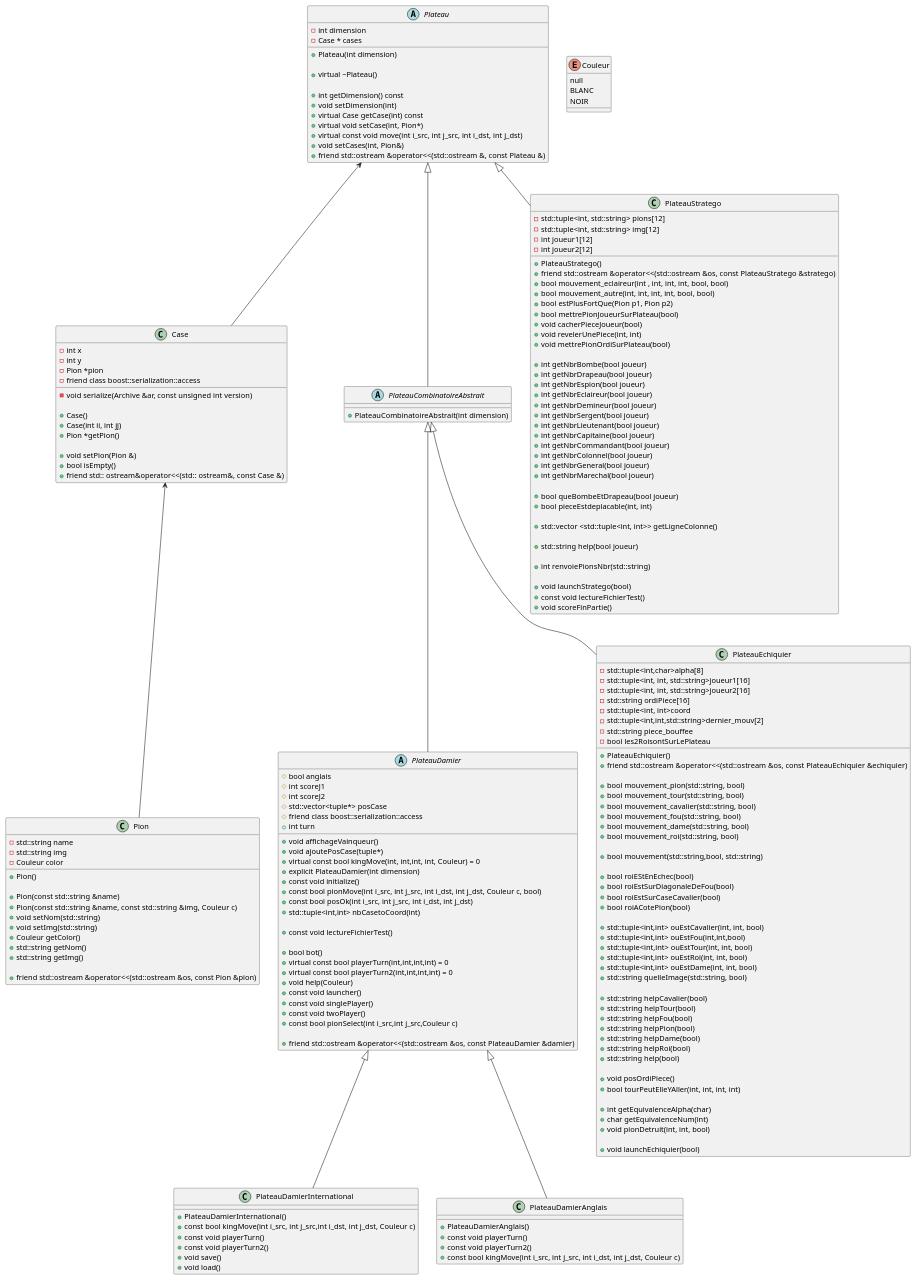
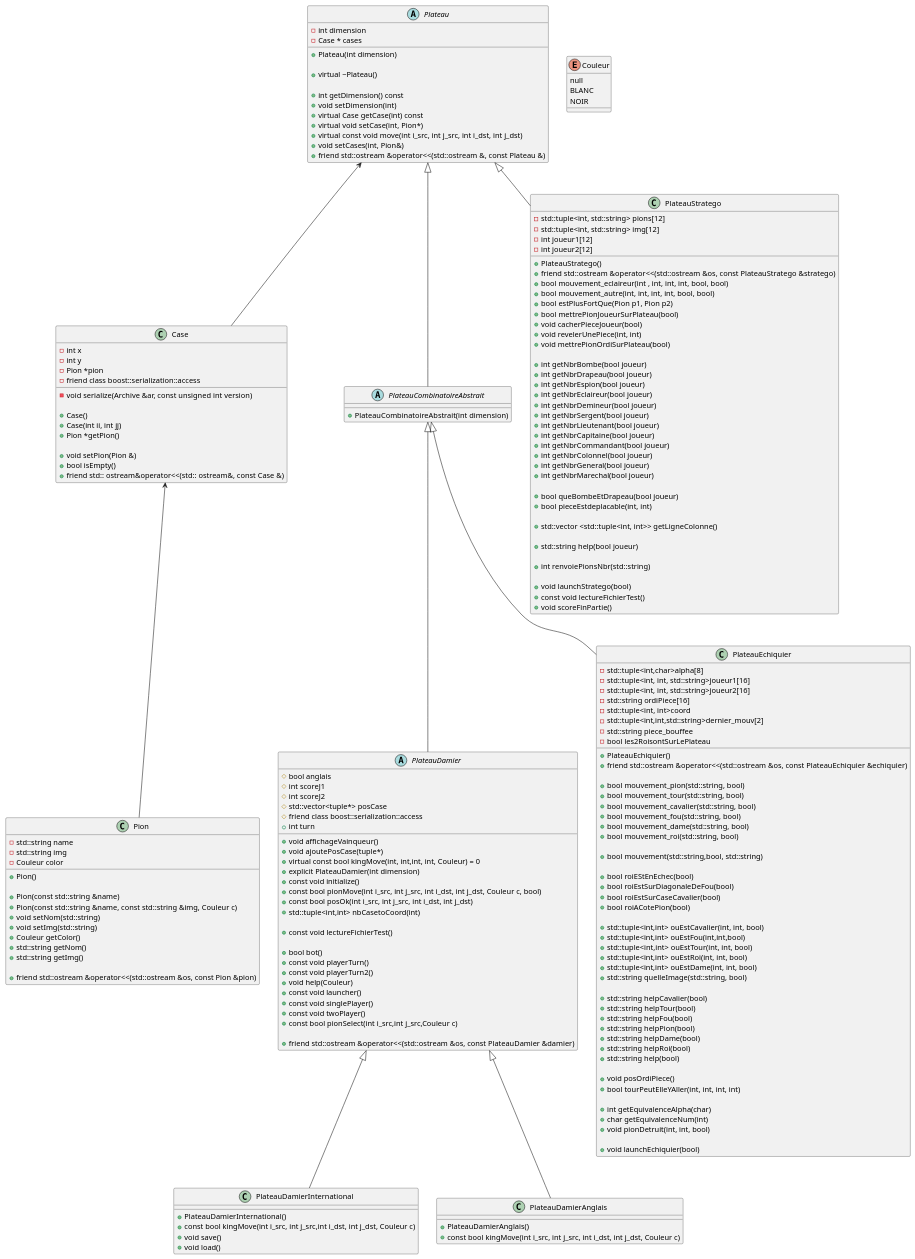
One commit to HyperionSuperNova/CppBoardGames changed the diagram in diagramme.puml. Above: the diagram before and after it, drawn with PlantUML. The commit also changed 10 other files, not shown here.

```diff
--- a/diagramme.puml
+++ b/diagramme.puml
@@ -80,8 +80,8 @@
     + const void lectureFichierTest()
 
     + bool bot()
-    + virtual const bool playerTurn(int,int,int,int) = 0
-    + virtual const bool playerTurn2(int,int,int,int) = 0
+    + const void playerTurn()
+    + const void playerTurn2()
     + void help(Couleur)
     + const void launcher()
     + const void singlePlayer()
@@ -94,16 +94,12 @@
 class PlateauDamierInternational{
     + PlateauDamierInternational()
     + const bool kingMove(int i_src, int j_src,int i_dst, int j_dst, Couleur c)
-    + const void playerTurn()
-    + const void playerTurn2()
     + void save()
     + void load()
 }
 
 class PlateauDamierAnglais{
     + PlateauDamierAnglais()
-    + const void playerTurn()
-    + const void playerTurn2()
     + const bool kingMove(int i_src, int j_src, int i_dst, int j_dst, Couleur c)
 }
 
```
